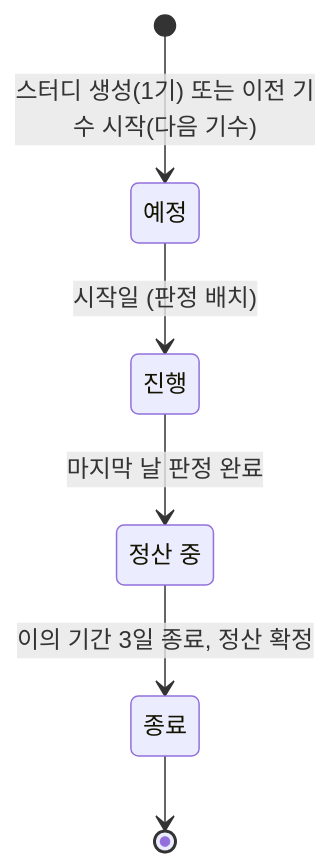
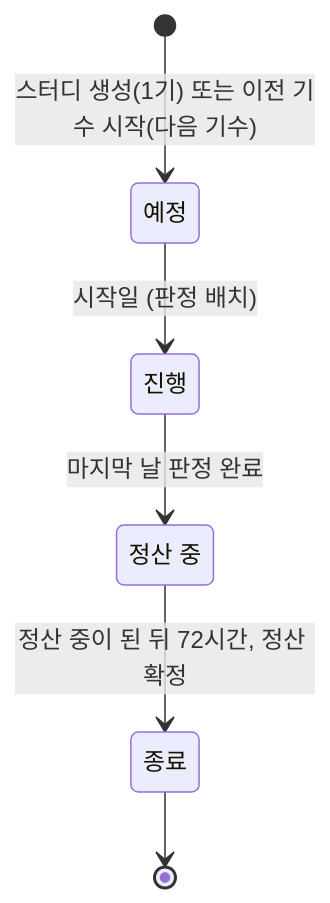
Before and after one commit to Duskafka/codingtest-harness: the fifth of 5 diagrams in docs/spec/domain-rules.md, drawn with Mermaid. The commit also changed other lines of this file and 7 other files, not shown here.

````diff
--- a/docs/spec/domain-rules.md
+++ b/docs/spec/domain-rules.md
@@ -172,12 +172,12 @@
 ```mermaid
 stateDiagram-v2
     state "예정" as SCHEDULED
     state "진행" as ACTIVE
     state "정산 중" as SETTLING
     state "종료" as CLOSED
     [*] --> SCHEDULED: 스터디 생성(1기) 또는 이전 기수 시작(다음 기수)
     SCHEDULED --> ACTIVE: 시작일 (판정 배치)
     ACTIVE --> SETTLING: 마지막 날 판정 완료
-    SETTLING --> CLOSED: 이의 기간 3일 종료, 정산 확정
+    SETTLING --> CLOSED: 정산 중이 된 뒤 72시간, 정산 확정
     CLOSED --> [*]
 ```
````
